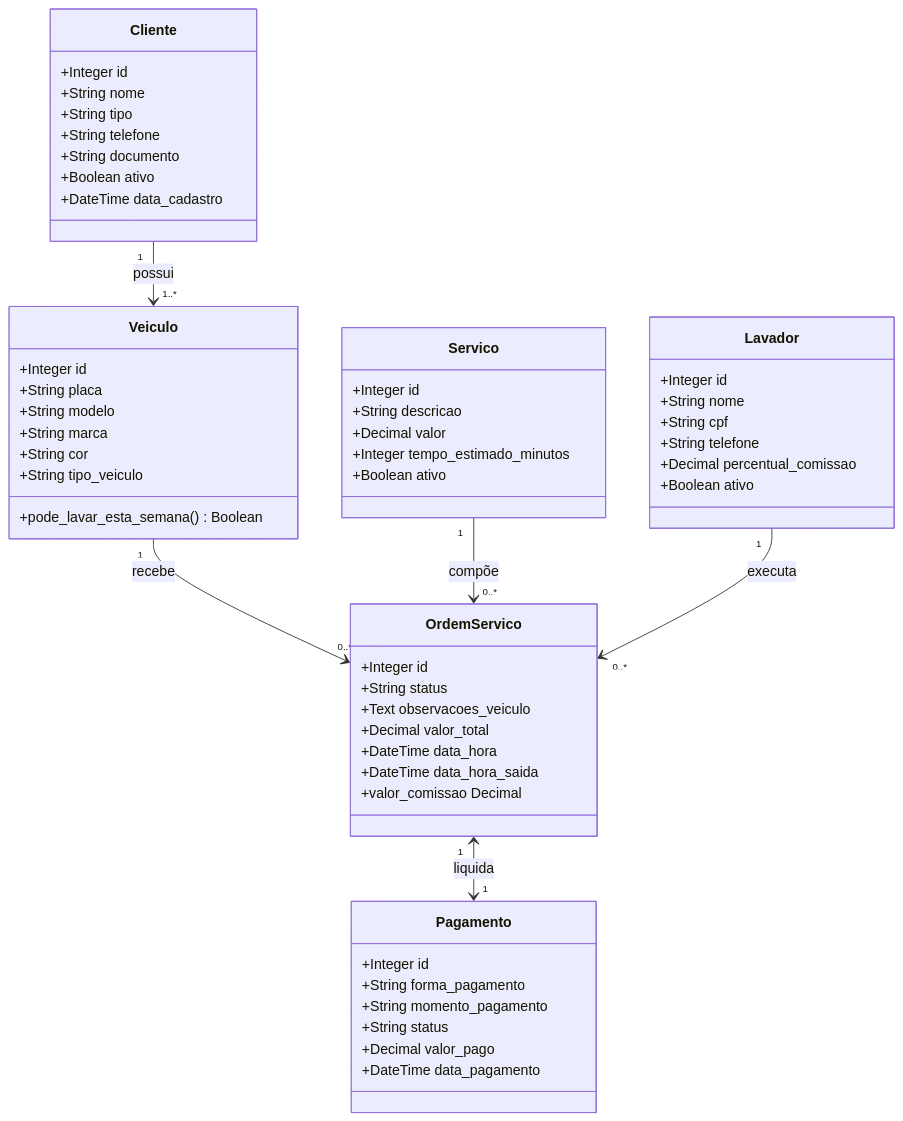
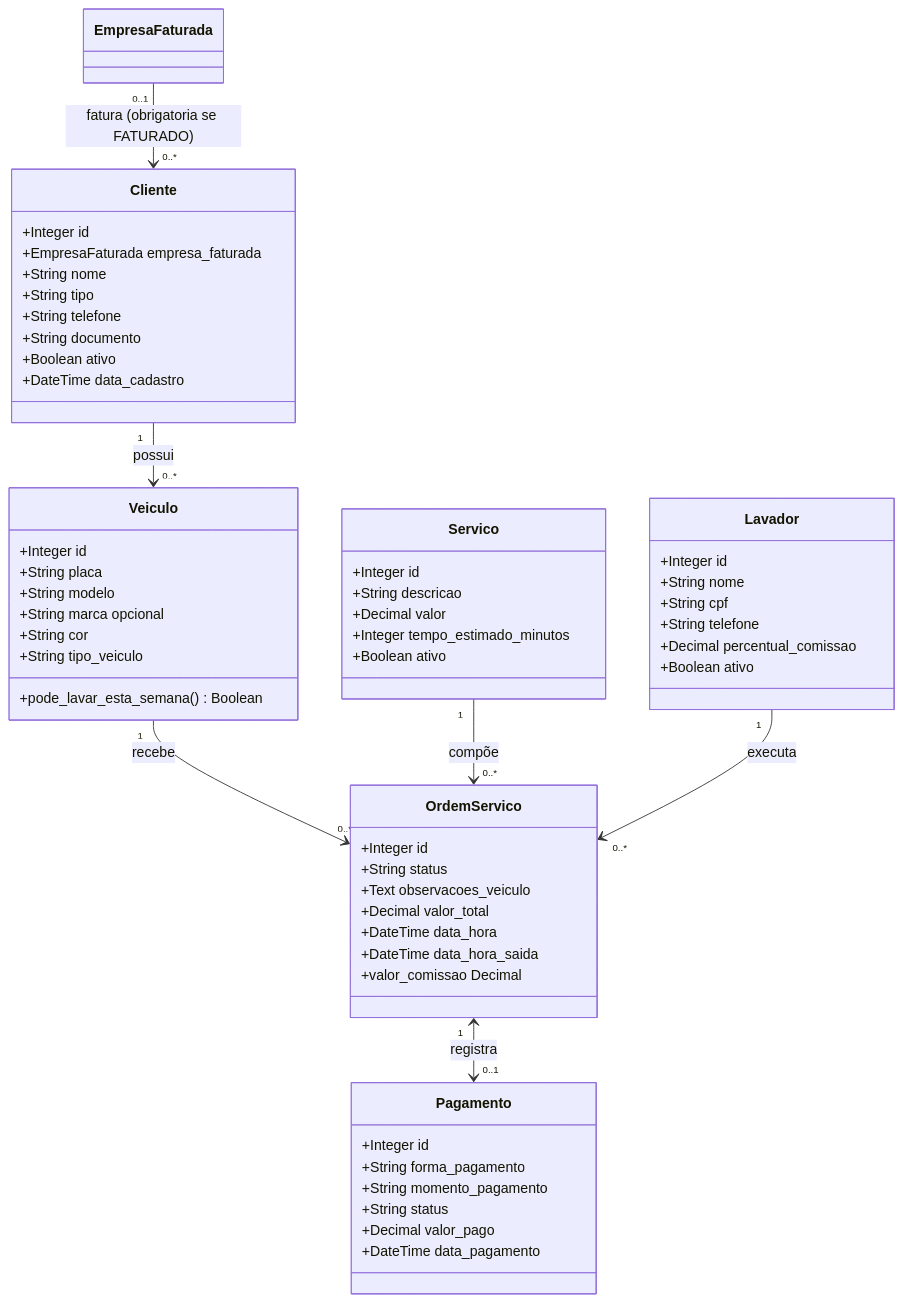
One commit to ednaldomaciel/projeto_posto_de_lavagem_ciesa changed the fourth of 5 diagrams in docs/diagramas_validacao_stakeholders.md. Above: the diagram before and after it, drawn with Mermaid. The commit also changed other lines of this file and 35 other files, not shown here.

````diff
--- a/docs/diagramas_validacao_stakeholders.md
+++ b/docs/diagramas_validacao_stakeholders.md
@@ -194,64 +197,66 @@
 ```mermaid
 classDiagram
     class Cliente {
         +Integer id
+        +EmpresaFaturada empresa_faturada
         +String nome
         +String tipo
         +String telefone
         +String documento
         +Boolean ativo
         +DateTime data_cadastro
     }
 
     class Veiculo {
         +Integer id
         +String placa
         +String modelo
-        +String marca
+        +String marca opcional
         +String cor
         +String tipo_veiculo
         +pode_lavar_esta_semana() Boolean
     }
 
     class Lavador {
         +Integer id
         +String nome
         +String cpf
         +String telefone
         +Decimal percentual_comissao
         +Boolean ativo
     }
 
     class Servico {
         +Integer id
         +String descricao
         +Decimal valor
         +Integer tempo_estimado_minutos
         +Boolean ativo
     }
 
     class OrdemServico {
         +Integer id
         +String status
         +Text observacoes_veiculo
         +Decimal valor_total
         +DateTime data_hora
         +DateTime data_hora_saida
         +valor_comissao Decimal
     }
 
     class Pagamento {
         +Integer id
         +String forma_pagamento
         +String momento_pagamento
         +String status
         +Decimal valor_pago
         +DateTime data_pagamento
     }
 
-    Cliente "1" --> "1..*" Veiculo : possui
+    EmpresaFaturada "0..1" --> "0..*" Cliente : fatura (obrigatoria se FATURADO)
+    Cliente "1" --> "0..*" Veiculo : possui
     Veiculo "1" --> "0..*" OrdemServico : recebe
     Servico "1" --> "0..*" OrdemServico : compõe
     Lavador "1" --> "0..*" OrdemServico : executa
-    OrdemServico "1" <--> "1" Pagamento : liquida
+    OrdemServico "1" <--> "0..1" Pagamento : registra
 ```
````
